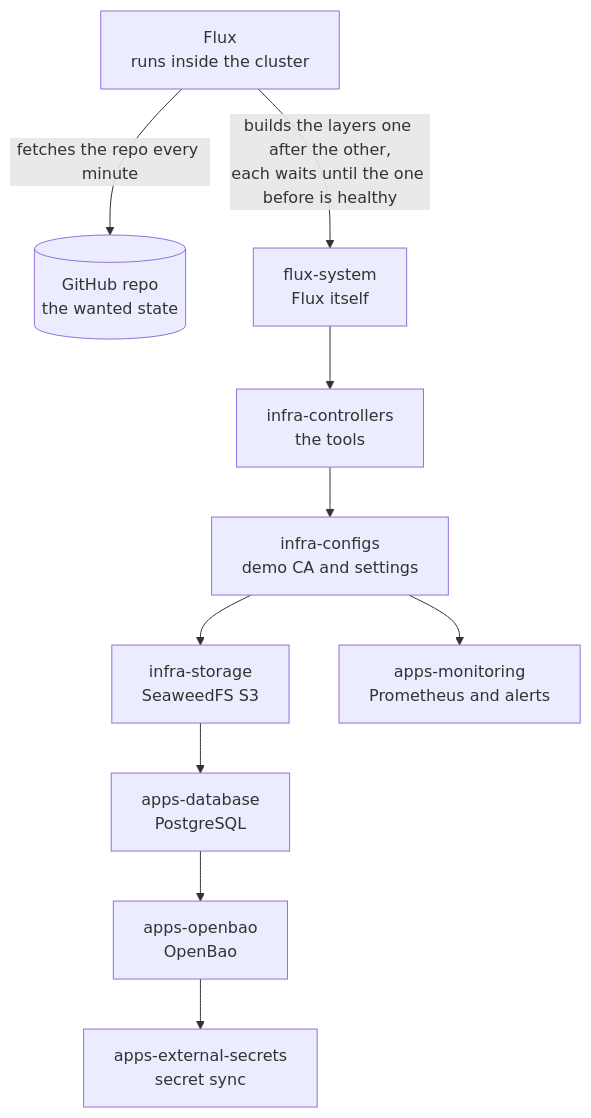
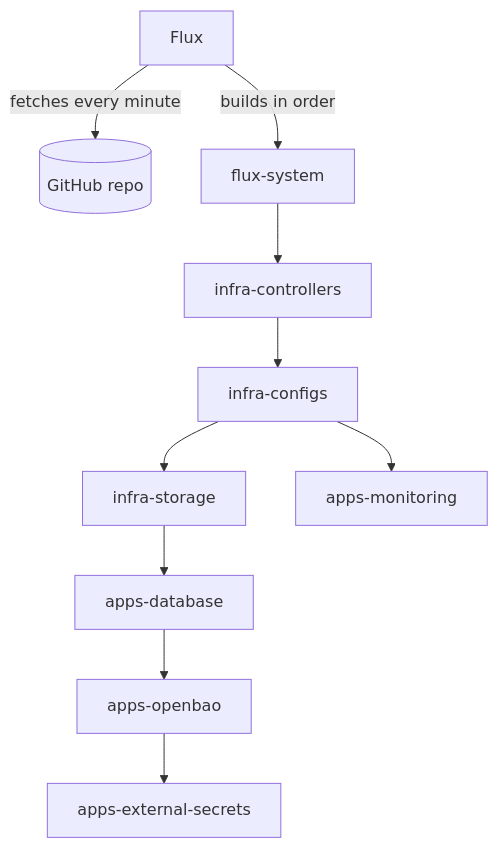
The first of 4 diagrams in docs/architecture.md (arsalanahmedzia/openbao-platform), drawn with Mermaid before and after one commit. The commit also changed other lines of this file, not shown here.

Commit message:
Architecture: shorter labels in the diagrams

````diff
--- a/docs/architecture.md
+++ b/docs/architecture.md
@@ -8,17 +8,17 @@
 ```mermaid
 flowchart TB
-  git[(GitHub repo<br/>the wanted state)]
-  flux[Flux<br/>runs inside the cluster]
-  l1[flux-system<br/>Flux itself]
-  l2[infra-controllers<br/>the tools]
-  l3[infra-configs<br/>demo CA and settings]
-  l4[infra-storage<br/>SeaweedFS S3]
-  l5[apps-database<br/>PostgreSQL]
-  l6[apps-openbao<br/>OpenBao]
-  l7[apps-external-secrets<br/>secret sync]
-  l8[apps-monitoring<br/>Prometheus and alerts]
-  flux -->|"fetches the repo every minute"| git
-  flux -->|"builds the layers one after the other,<br/>each waits until the one before is healthy"| l1
+  git[(GitHub repo)]
+  flux[Flux]
+  l1[flux-system]
+  l2[infra-controllers]
+  l3[infra-configs]
+  l4[infra-storage]
+  l5[apps-database]
+  l6[apps-openbao]
+  l7[apps-external-secrets]
+  l8[apps-monitoring]
+  flux -->|"fetches every minute"| git
+  flux -->|"builds in order"| l1
   l1 --> l2 --> l3 --> l4 --> l5 --> l6 --> l7
   l3 --> l8
 ```
````
